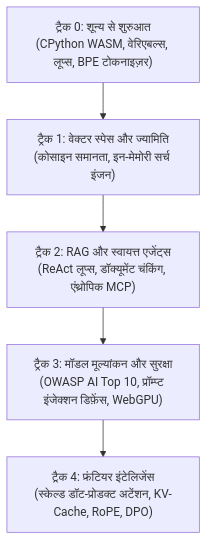
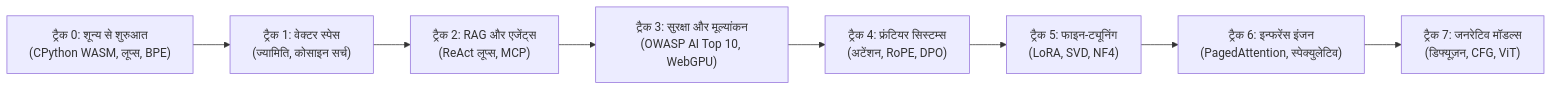
Before and after one commit to Adilrafiq001/OpenGuideForAI: the diagram in docs/translations/README_hi.md, drawn with Mermaid. The commit also changed other lines of this file and 45 other files, not shown here.

````diff
--- a/docs/translations/README_hi.md
+++ b/docs/translations/README_hi.md
@@ -98,10 +98,13 @@
 ```mermaid
-graph TD
-    T0["ट्रैक 0: शून्य से शुरुआत<br/>(CPython WASM, वेरिएबल्स, लूप्स, BPE टोकनाइज़र)"]
-    T1["ट्रैक 1: वेक्टर स्पेस और ज्यामिति<br/>(कोसाइन समानता, इन-मेमोरी सर्च इंजन)"]
-    T2["ट्रैक 2: RAG और स्वायत्त एजेंट्स<br/>(ReAct लूप्स, डॉक्यूमेंट चंकिंग, एंथ्रोपिक MCP)"]
-    T3["ट्रैक 3: मॉडल मूल्यांकन और सुरक्षा<br/>(OWASP AI Top 10, प्रॉम्प्ट इंजेक्शन डिफ़ेंस, WebGPU)"]
-    T4["ट्रैक 4: फ्रंटियर इंटेलिजेंस<br/>(स्केल्ड डॉट-प्रोडक्ट अटेंशन, KV-Cache, RoPE, DPO)"]
+graph LR
+    T0["ट्रैक 0: शून्य से शुरुआत<br/>(CPython WASM, लूप्स, BPE)"]
+    T1["ट्रैक 1: वेक्टर स्पेस<br/>(ज्यामिति, कोसाइन सर्च)"]
+    T2["ट्रैक 2: RAG और एजेंट्स<br/>(ReAct लूप्स, MCP)"]
+    T3["ट्रैक 3: सुरक्षा और मूल्यांकन<br/>(OWASP AI Top 10, WebGPU)"]
+    T4["ट्रैक 4: फ्रंटियर सिस्टम्स<br/>(अटेंशन, RoPE, DPO)"]
+    T5["ट्रैक 5: फाइन-ट्यूनिंग<br/>(LoRA, SVD, NF4)"]
+    T6["ट्रैक 6: इन्फरेंस इंजन<br/>(PagedAttention, स्पेक्युलेटिव)"]
+    T7["ट्रैक 7: जनरेटिव मॉडल्स<br/>(डिफ्यूज़न, CFG, ViT)"]
 
-    T0 --> T1 --> T2 --> T3 --> T4
+    T0 --> T1 --> T2 --> T3 --> T4 --> T5 --> T6 --> T7
 ```
````
